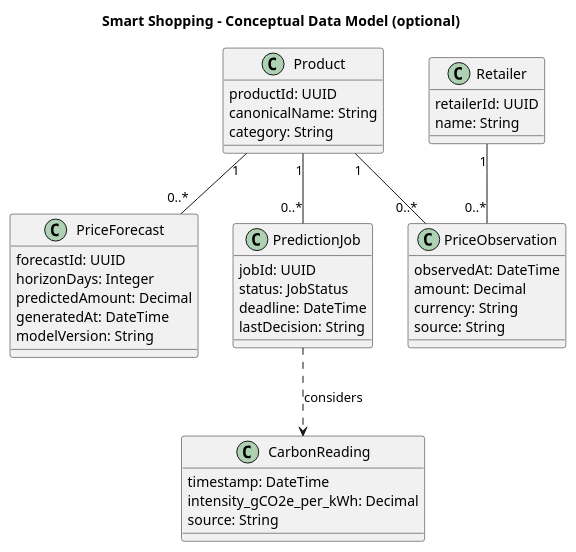
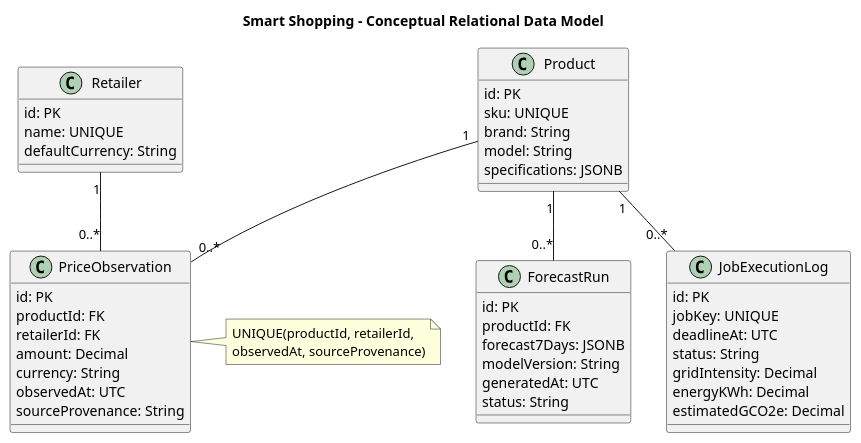
One commit to anchelesr/AACC-Smart-Shopping changed the diagram in docs/diagrams/class-model.puml. Above: the diagram before and after it, drawn with PlantUML. The commit also changed 24 other files, not shown here.

```diff
--- a/docs/diagrams/class-model.puml
+++ b/docs/diagrams/class-model.puml
@@ -1,42 +1,51 @@
 @startuml
-title Smart Shopping - Conceptual Data Model (optional)
+title Smart Shopping - Conceptual Relational Data Model
 skinparam shadowing false
+skinparam backgroundColor white
 class Product {
-  productId: UUID
-  canonicalName: String
-  category: String
+  id: PK
+  sku: UNIQUE
+  brand: String
+  model: String
+  specifications: JSONB
 }
 class Retailer {
-  retailerId: UUID
-  name: String
+  id: PK
+  name: UNIQUE
+  defaultCurrency: String
 }
 class PriceObservation {
-  observedAt: DateTime
+  id: PK
+  productId: FK
+  retailerId: FK
   amount: Decimal
   currency: String
-  source: String
+  observedAt: UTC
+  sourceProvenance: String
 }
-class PriceForecast {
-  forecastId: UUID
-  horizonDays: Integer
-  predictedAmount: Decimal
-  generatedAt: DateTime
+class ForecastRun {
+  id: PK
+  productId: FK
+  forecast7Days: JSONB
   modelVersion: String
+  generatedAt: UTC
+  status: String
 }
-class PredictionJob {
-  jobId: UUID
-  status: JobStatus
-  deadline: DateTime
-  lastDecision: String
-}
-class CarbonReading {
-  timestamp: DateTime
-  intensity_gCO2e_per_kWh: Decimal
-  source: String
+class JobExecutionLog {
+  id: PK
+  jobKey: UNIQUE
+  deadlineAt: UTC
+  status: String
+  gridIntensity: Decimal
+  energyKWh: Decimal
+  estimatedGCO2e: Decimal
 }
 Product "1" -- "0..*" PriceObservation
 Retailer "1" -- "0..*" PriceObservation
-Product "1" -- "0..*" PriceForecast
-Product "1" -- "0..*" PredictionJob
-PredictionJob ..> CarbonReading : considers
+Product "1" -- "0..*" ForecastRun
+Product "1" -- "0..*" JobExecutionLog
+note right of PriceObservation
+ UNIQUE(productId, retailerId,
+ observedAt, sourceProvenance)
+end note
 @enduml
```
